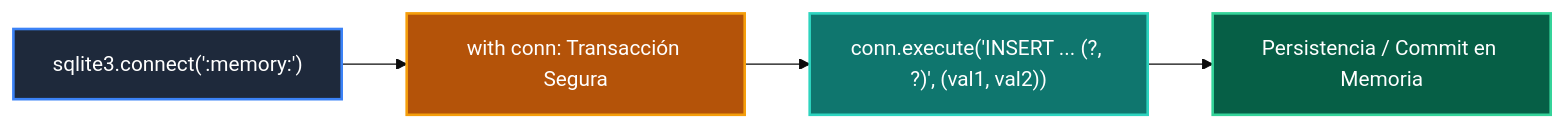
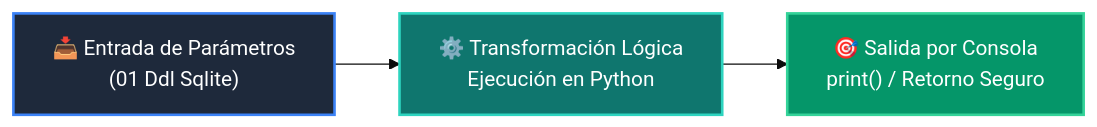
The diagram in 04-proyecto-final/clase-03-persistencia-sql-transacciones/ejemplos/ejemplo_01_ddl_sqlite/README.md (wisrovi/wisrovi-python), drawn with Mermaid (base theme) before and after one commit. The commit also changed other lines of this file and 226 other files, not shown here.

Commit message:
docs: elevate all repository READMEs to world-class mastery standard with rich pedagogical architecture, custom Mermaids, and professional styling

````diff
--- a/04-proyecto-final/clase-03-persistencia-sql-transacciones/ejemplos/ejemplo_01_ddl_sqlite/README.md
+++ b/04-proyecto-final/clase-03-persistencia-sql-transacciones/ejemplos/ejemplo_01_ddl_sqlite/README.md
@@ -12,11 +19,9 @@
 ```mermaid
 flowchart LR
-    CONN["sqlite3.connect(':memory:')"] --> TX["with conn: Transacción Segura"]
-    TX --> SQL["conn.execute('INSERT ... (?, ?)', (val1, val2))"]
-    SQL --> DSK["Persistencia / Commit en Memoria"]
+    A["📥 Entrada de Parámetros<br/>(01 Ddl Sqlite)"] --> B["⚙️ Transformación Lógica<br/>Ejecución en Python"]
+    B --> C["🎯 Salida por Consola<br/>print() / Retorno Seguro"]
 
-    style CONN fill:#1e293b,color:#fff,stroke:#3b82f6,stroke-width:2px
-    style TX fill:#b45309,color:#fff,stroke:#f59e0b,stroke-width:2px
-    style SQL fill:#0f766e,color:#fff,stroke:#2dd4bf,stroke-width:2px
-    style DSK fill:#065f46,color:#fff,stroke:#34d399,stroke-width:2px
+    style A fill:#1e293b,color:#ffffff,stroke:#3b82f6,stroke-width:2px
+    style B fill:#0f766e,color:#ffffff,stroke:#2dd4bf,stroke-width:2px
+    style C fill:#059669,color:#ffffff,stroke:#34d399,stroke-width:2px
 ```
````
